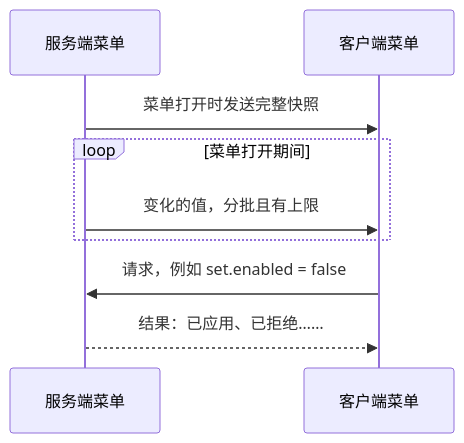
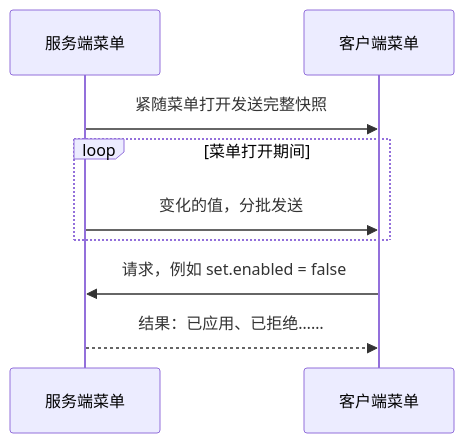
The diagram in docs/zh-CN/menu-sync.md (Frostbite-time/CompixelUI), drawn with Mermaid before and after one commit. The commit also changed other lines of this file and 80 other files, not shown here.

````diff
--- a/docs/zh-CN/menu-sync.md
+++ b/docs/zh-CN/menu-sync.md
@@ -7,11 +7,11 @@
 ```mermaid
 sequenceDiagram
     participant S as 服务端菜单
     participant C as 客户端菜单
-    S->>C: 菜单打开时发送完整快照
+    S->>C: 紧随菜单打开发送完整快照
     loop 菜单打开期间
-        S->>C: 变化的值，分批且有上限
+        S->>C: 变化的值，分批发送
     end
     C->>S: 请求，例如 set.enabled = false
     S-->>C: 结果：已应用、已拒绝……
 ```
````
